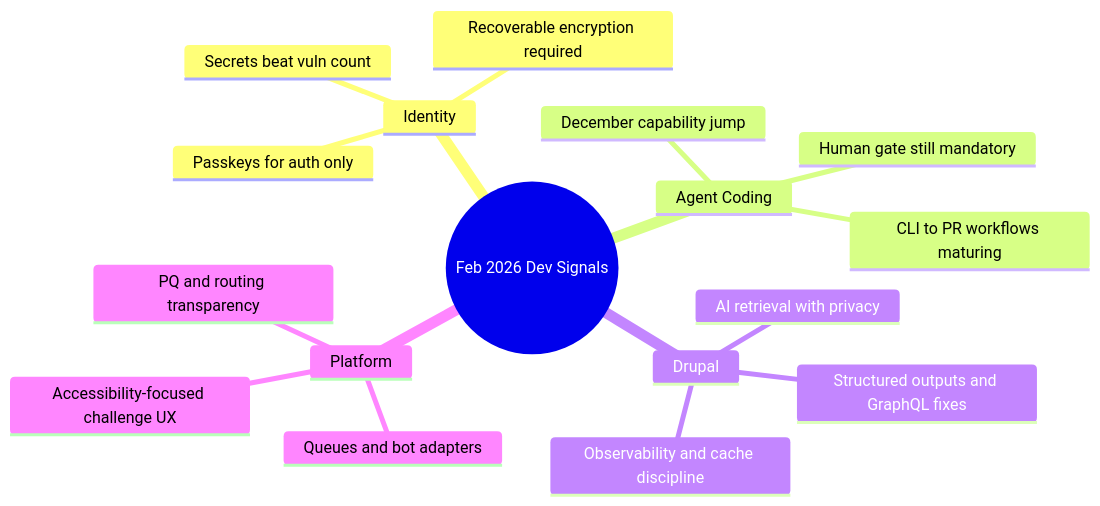
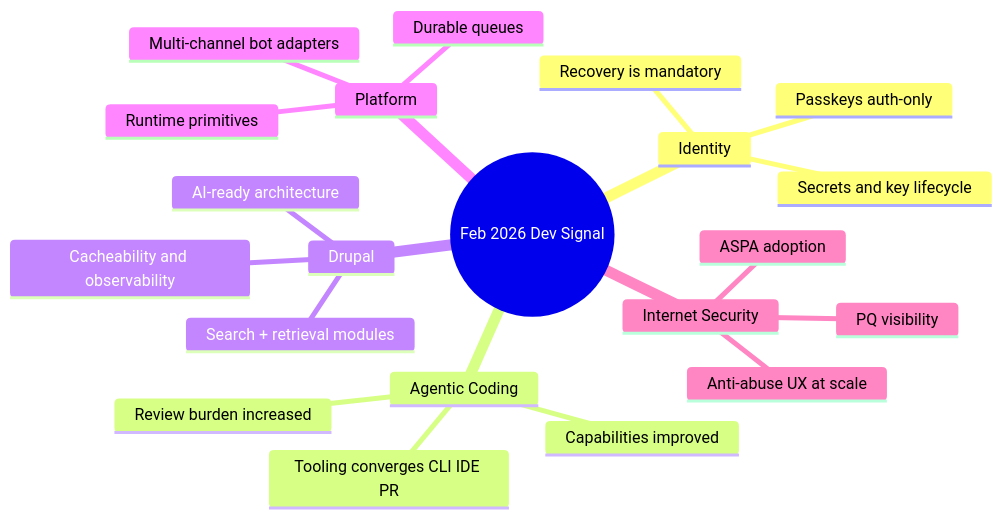
One commit to victorstack-ai/agent-blog changed the diagram in blog/2026-02-28-please-please-please-stop-using-passkeys-for-encrypting-user.md. Above: the diagram before and after it, drawn with Mermaid. The commit also changed other lines of this file and 1 other file, not shown here.

Commit message:
Publish learning devlog: 2026-02-28-please-please-please-stop-using-passkeys-for-encrypting-user

````diff
--- a/blog/2026-02-28-please-please-please-stop-using-passkeys-for-encrypting-user.md
+++ b/blog/2026-02-28-please-please-please-stop-using-passkeys-for-encrypting-user.md
@@ -182,20 +150,24 @@
 ```mermaid
 mindmap
-  root((Feb 2026 Dev Signals))
+  root((Feb 2026 Dev Signal))
     Identity
-      Passkeys for auth only
-      Recoverable encryption required
-      Secrets beat vuln count
-    Agent Coding
-      December capability jump
-      Human gate still mandatory
-      CLI to PR workflows maturing
+      Passkeys auth-only
+      Recovery is mandatory
+      Secrets and key lifecycle
+    Agentic Coding
+      Capabilities improved
+      Review burden increased
+      Tooling converges CLI IDE PR
     Drupal
-      AI retrieval with privacy
-      Structured outputs and GraphQL fixes
-      Observability and cache discipline
+      AI-ready architecture
+      Search + retrieval modules
+      Cacheability and observability
     Platform
-      Queues and bot adapters
-      Accessibility-focused challenge UX
-      PQ and routing transparency
+      Durable queues
+      Multi-channel bot adapters
+      Runtime primitives
+    Internet Security
+      PQ visibility
+      ASPA adoption
+      Anti-abuse UX at scale
 ```
````
